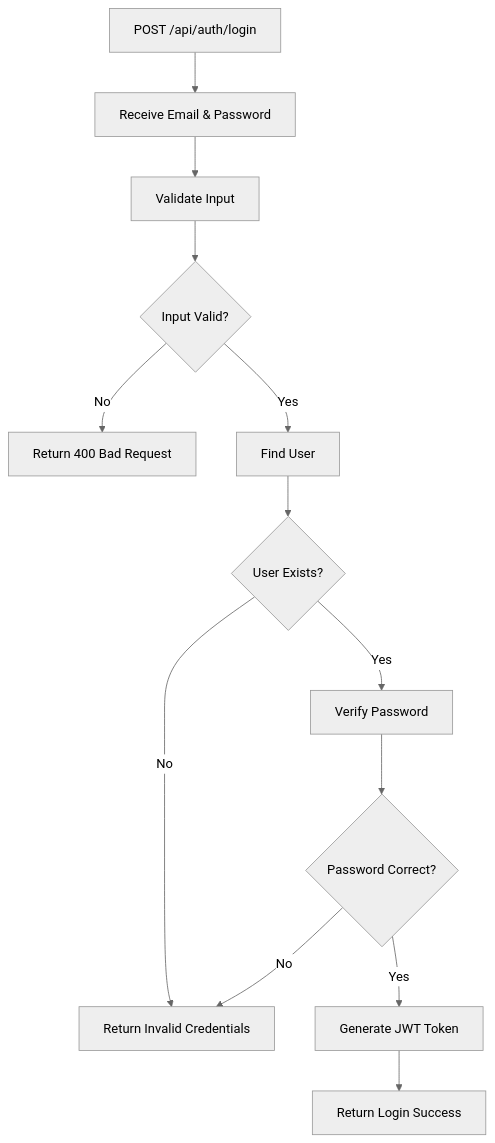
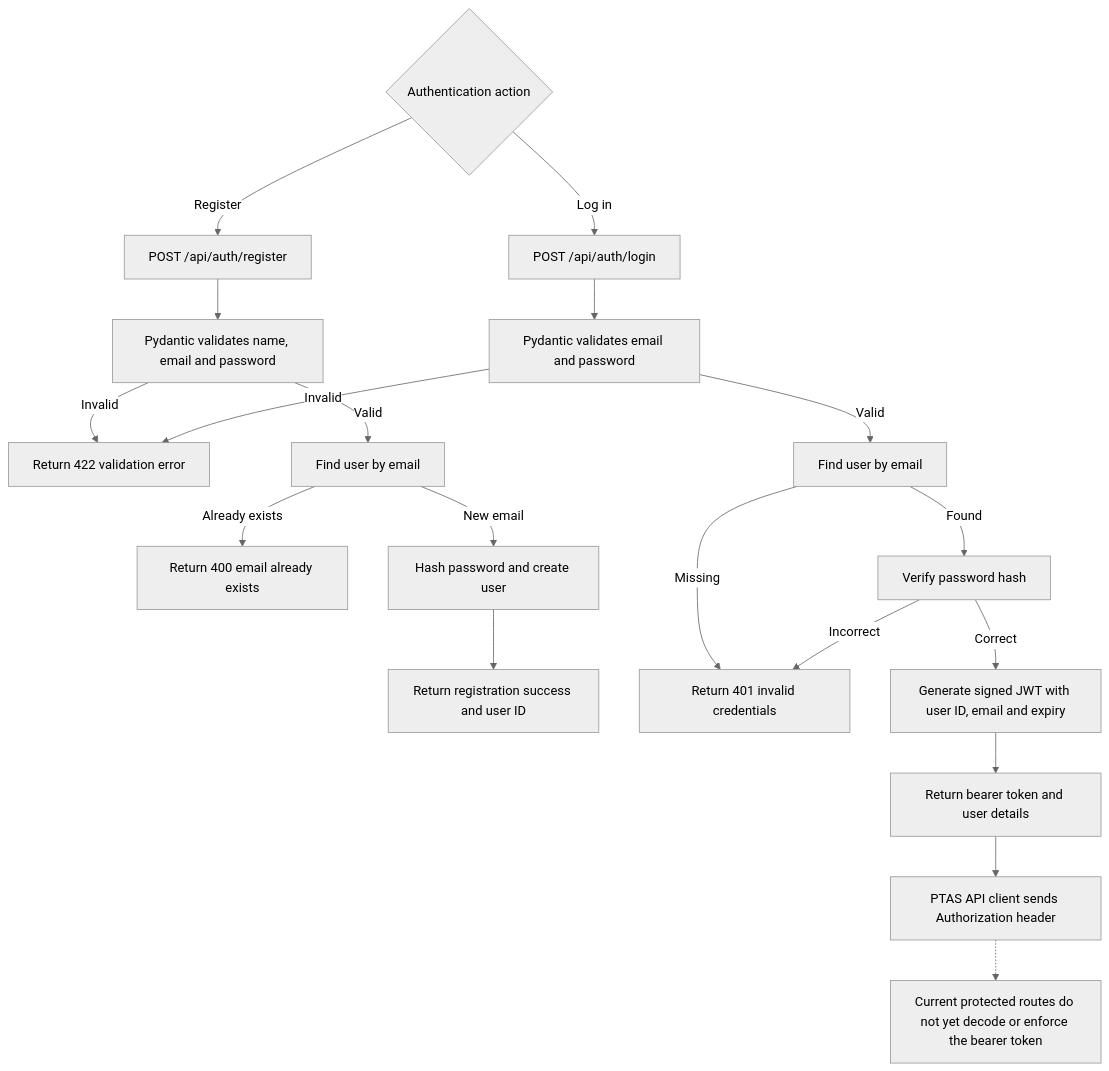
The diagram in System Architecture Flow Charts/03_API_Flows/Authentication_API.mmd (ChiragMenariyaCJ/AI-Powered-Penetration-Testing-Assist-System), drawn with Mermaid (neutral theme) before and after one commit. The commit also changed 18 other files, not shown here.

Commit message:
Refactor mermaid code structure for improved readability and maintainability

```diff
--- a/System Architecture Flow Charts/03_API_Flows/Authentication_API.mmd
+++ b/System Architecture Flow Charts/03_API_Flows/Authentication_API.mmd
@@ -1,27 +1,24 @@
 flowchart TD
+    A{Authentication action}
 
-A[POST /api/auth/login]
+    A -->|Register| B[POST /api/auth/register]
+    B --> C[Pydantic validates name, email and password]
+    C -->|Invalid| D[Return 422 validation error]
+    C -->|Valid| E[Find user by email]
+    E -->|Already exists| F[Return 400 email already exists]
+    E -->|New email| G[Hash password and create user]
+    G --> H[Return registration success and user ID]
 
-A --> B[Receive Email & Password]
+    A -->|Log in| I[POST /api/auth/login]
+    I --> J[Pydantic validates email and password]
+    J -->|Invalid| D
+    J -->|Valid| K[Find user by email]
+    K -->|Missing| L[Return 401 invalid credentials]
+    K -->|Found| M[Verify password hash]
+    M -->|Incorrect| L
+    M -->|Correct| N[Generate signed JWT with user ID, email and expiry]
+    N --> O[Return bearer token and user details]
+    O --> P[PTAS API client sends Authorization header]
 
-B --> C[Validate Input]
-
-C --> D{Input Valid?}
-
-D -- No --> E[Return 400 Bad Request]
-
-D -- Yes --> F[Find User]
-
-F --> G{User Exists?}
-
-G -- No --> H[Return Invalid Credentials]
-
-G -- Yes --> I[Verify Password]
-
-I --> J{Password Correct?}
-
-J -- No --> H
-
-J -- Yes --> K[Generate JWT Token]
-
-K --> L[Return Login Success]
+    NOTE[Current protected routes do not yet decode or enforce the bearer token]
+    P -.-> NOTE
```
